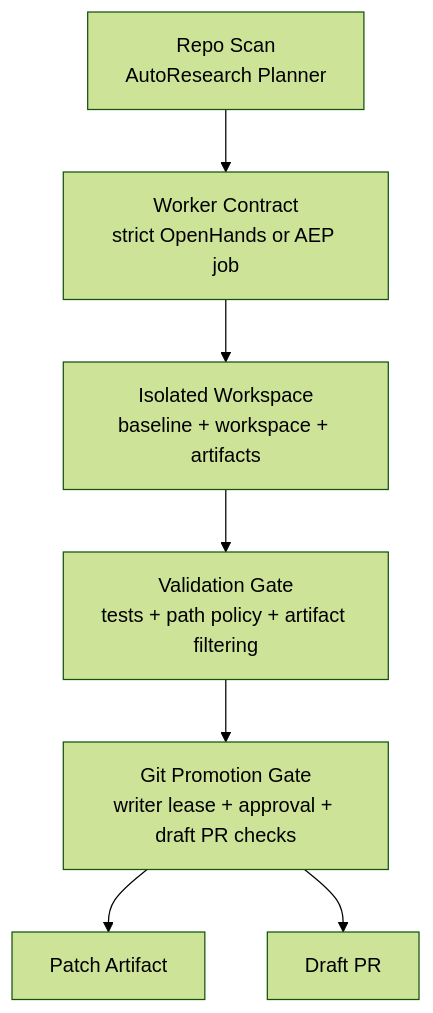
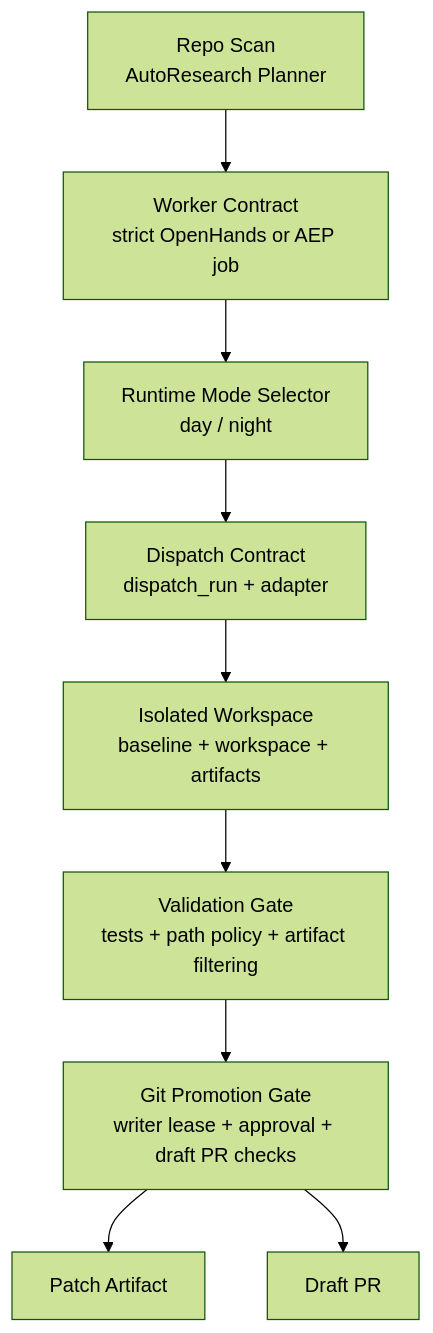
Before and after one commit to autonomous-agent-stack/autonomous-agent-stack: the diagram in docs/architecture.md, drawn with Mermaid (forest theme). The commit also changed other lines of this file and 29 other files, not shown here.

````diff
--- a/docs/architecture.md
+++ b/docs/architecture.md
@@ -25,9 +26,11 @@
 ```mermaid
 flowchart TD
     A["Repo Scan<br/>AutoResearch Planner"] --> B["Worker Contract<br/>strict OpenHands or AEP job"]
-    B --> C["Isolated Workspace<br/>baseline + workspace + artifacts"]
-    C --> D["Validation Gate<br/>tests + path policy + artifact filtering"]
-    D --> E["Git Promotion Gate<br/>writer lease + approval + draft PR checks"]
-    E --> F["Patch Artifact"]
-    E --> G["Draft PR"]
+    B --> C["Runtime Mode Selector<br/>day / night"]
+    C --> D["Dispatch Contract<br/>dispatch_run + adapter"]
+    D --> E["Isolated Workspace<br/>baseline + workspace + artifacts"]
+    E --> F["Validation Gate<br/>tests + path policy + artifact filtering"]
+    F --> G["Git Promotion Gate<br/>writer lease + approval + draft PR checks"]
+    G --> H["Patch Artifact"]
+    G --> I["Draft PR"]
 ```
````
